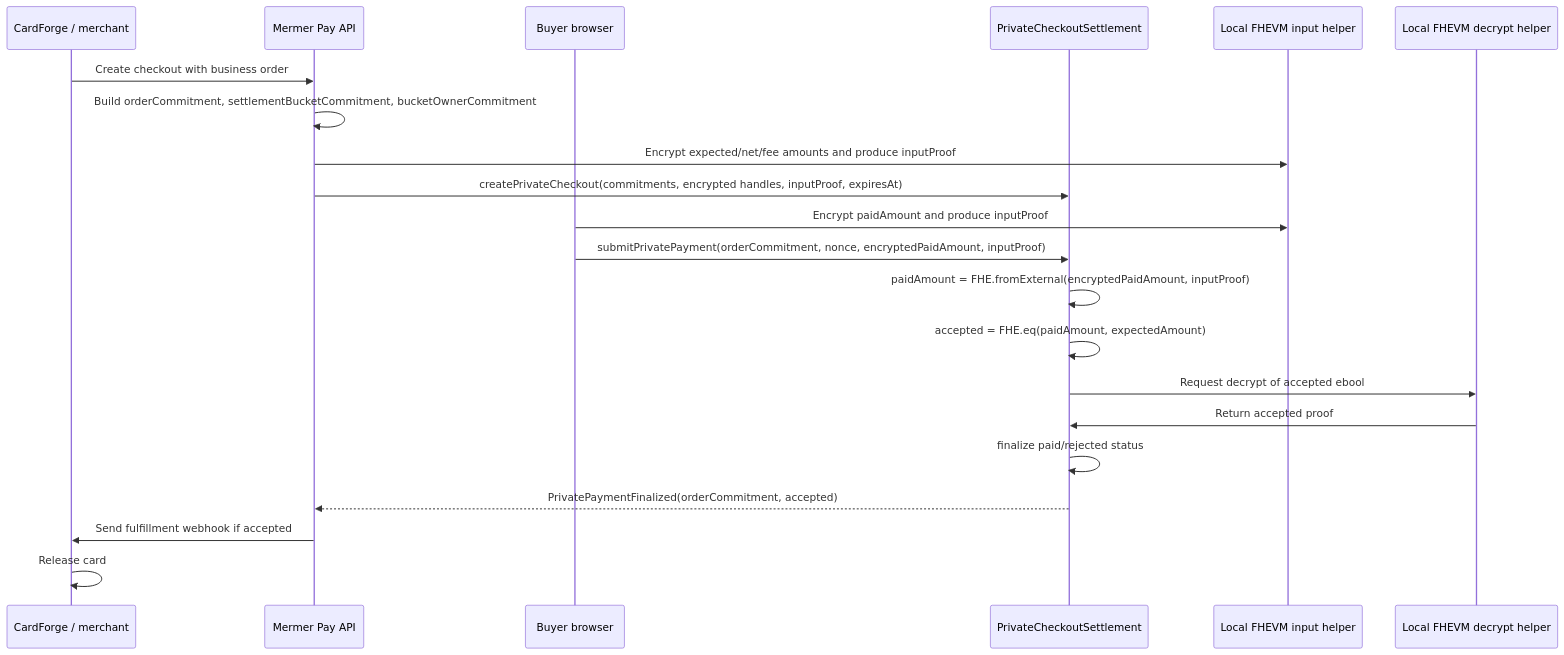
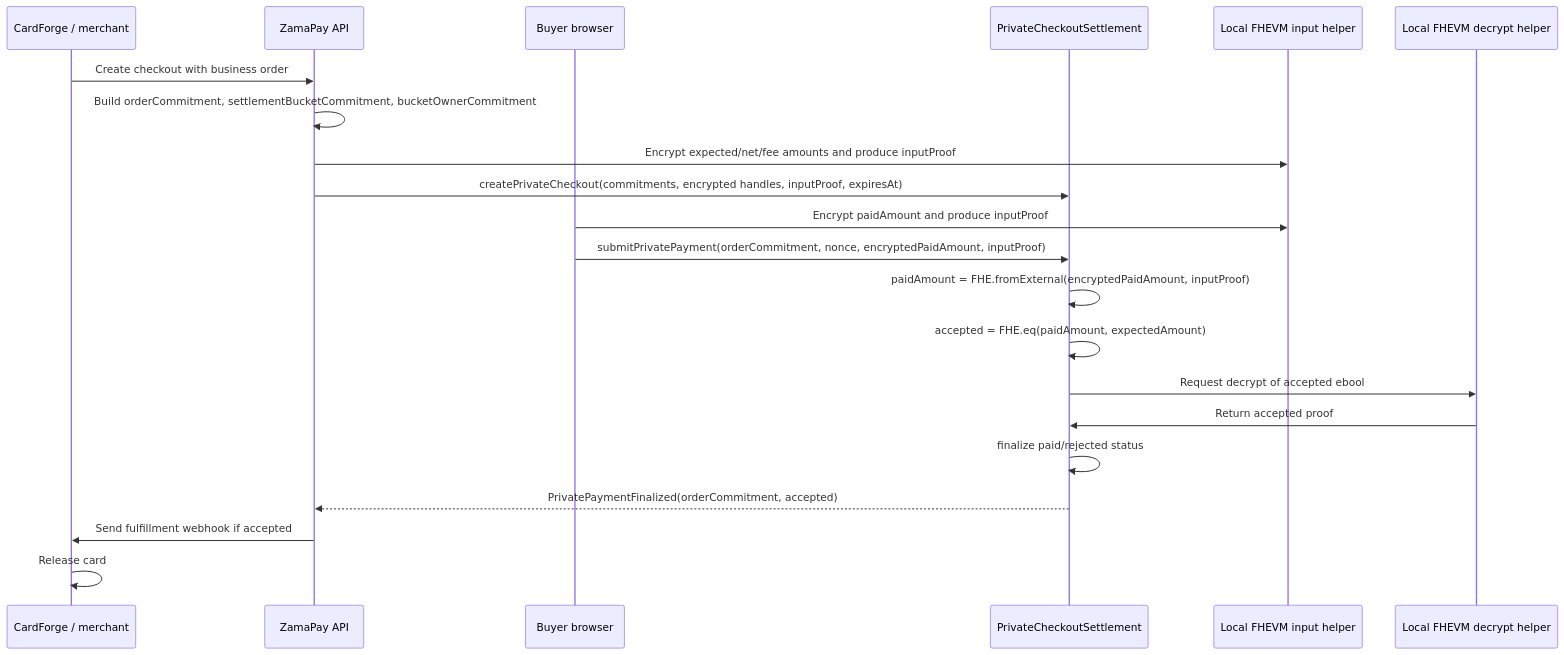
One commit to hanbu97/zamapay changed the second of 2 diagrams in docs/runbooks/private-checkout-v1.md. Above: the diagram before and after it, drawn with Mermaid. The commit also changed other lines of this file and 102 other files, not shown here.

First line of the commit message:
Rebrand the payment platform as ZamaPay

````diff
--- a/docs/runbooks/private-checkout-v1.md
+++ b/docs/runbooks/private-checkout-v1.md
@@ -292,24 +292,24 @@
 ```mermaid
 sequenceDiagram
     participant CF as CardForge / merchant
-    participant MP as Mermer Pay API
+    participant MP as ZamaPay API
     participant B as Buyer browser
     participant C as PrivateCheckoutSettlement
     participant R as Local FHEVM input helper
     participant Z as Local FHEVM decrypt helper
 
     CF->>MP: Create checkout with business order
     MP->>MP: Build orderCommitment, settlementBucketCommitment, bucketOwnerCommitment
     MP->>R: Encrypt expected/net/fee amounts and produce inputProof
     MP->>C: createPrivateCheckout(commitments, encrypted handles, inputProof, expiresAt)
     B->>R: Encrypt paidAmount and produce inputProof
     B->>C: submitPrivatePayment(orderCommitment, nonce, encryptedPaidAmount, inputProof)
     C->>C: paidAmount = FHE.fromExternal(encryptedPaidAmount, inputProof)
     C->>C: accepted = FHE.eq(paidAmount, expectedAmount)
     C->>Z: Request decrypt of accepted ebool
     Z->>C: Return accepted proof
     C->>C: finalize paid/rejected status
     C-->>MP: PrivatePaymentFinalized(orderCommitment, accepted)
     MP->>CF: Send fulfillment webhook if accepted
     CF->>CF: Release card
 ```
````
